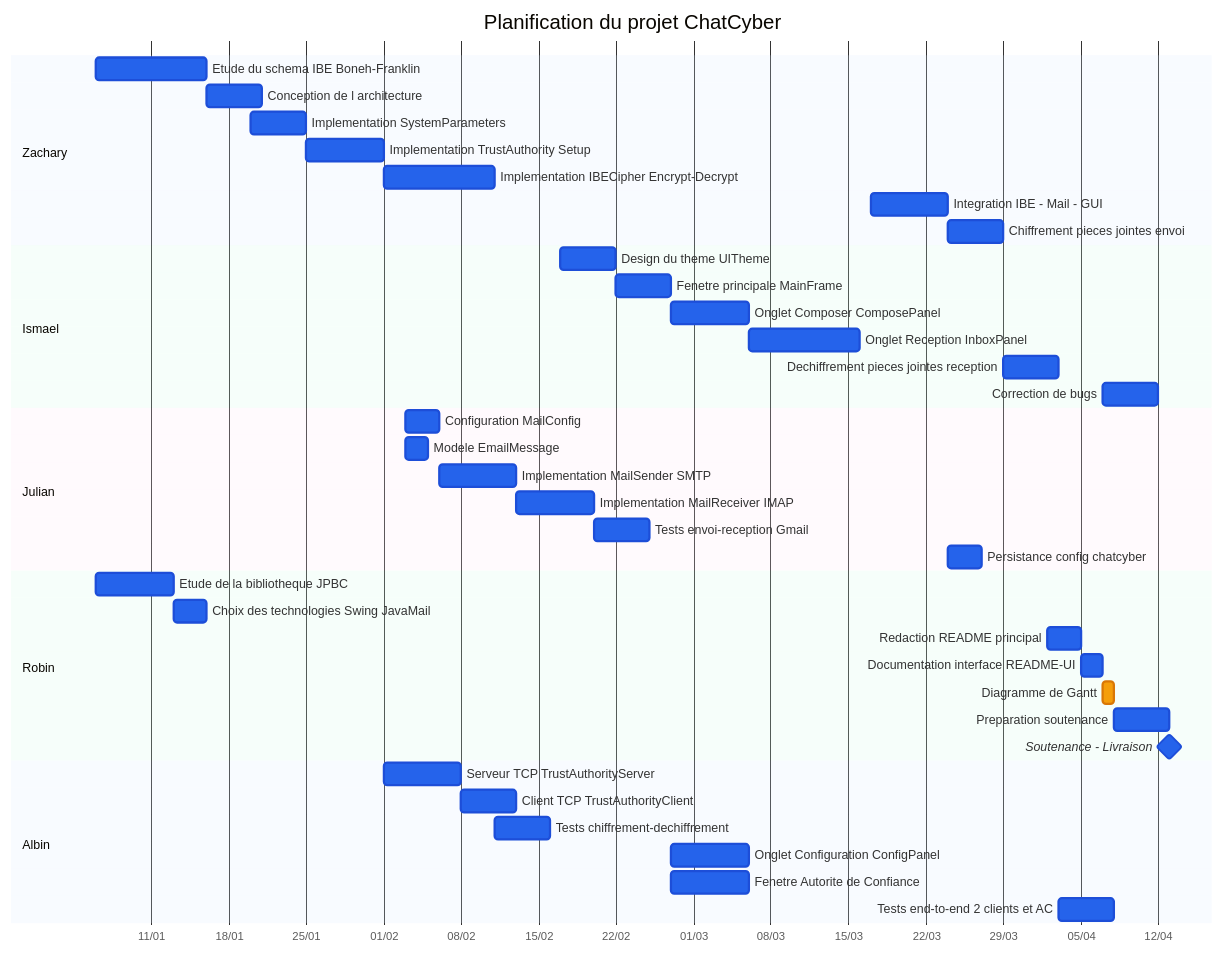
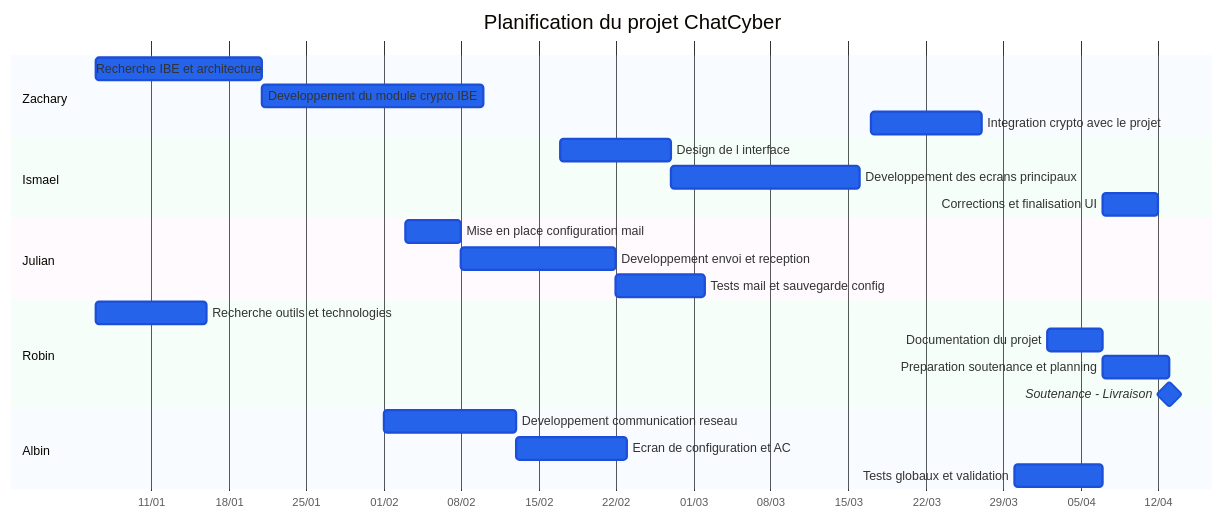
The diagram in README_GANTT.md (ismo009/chatcyber), drawn with Mermaid before and after one commit. The commit also changed other lines of this file, not shown here.

````diff
--- a/README_GANTT.md
+++ b/README_GANTT.md
@@ -5,75 +5,59 @@
 ```mermaid
 %%{init: {'theme': 'base', 'themeVariables': {
     'sectionBkgColor': '#dbeafe',
     'sectionBkgColor2': '#fce7f3',
     'altSectionBkgColor': '#d1fae5',
     'taskBkgColor': '#2563eb',
     'taskTextColor': '#ffffff',
     'taskBorderColor': '#1d4ed8',
     'doneTaskBkgColor': '#2563eb',
     'doneTaskBorderColor': '#1d4ed8',
-    'activeTaskBkgColor': '#f59e0b',
-    'activeTaskBorderColor': '#d97706',
+    'activeTaskBkgColor': '#2563eb',
+    'activeTaskBorderColor': '#1d4ed8',
     'section0': '#3b82f6',
-    'section1': '#ec4899',
-    'section2': '#10b981',
-    'section3': '#f59e0b',
-    'section4': '#8b5cf6',
+    'section1': '#3b82f6',
+    'section2': '#3b82f6',
+    'section3': '#3b82f6',
+    'section4': '#3b82f6',
     'taskText0': '#ffffff',
     'taskText1': '#ffffff',
     'taskText2': '#ffffff',
     'taskText3': '#ffffff',
     'taskText4': '#ffffff',
     'cScale0': '#3b82f6',
-    'cScale1': '#ec4899',
-    'cScale2': '#10b981',
-    'cScale3': '#f59e0b',
-    'cScale4': '#8b5cf6'
+    'cScale1': '#3b82f6',
+    'cScale2': '#3b82f6',
+    'cScale3': '#3b82f6',
+    'cScale4': '#3b82f6'
 }}}%%
 gantt
     title Planification du projet ChatCyber
     dateFormat YYYY-MM-DD
     axisFormat %d/%m
 
     section Zachary
-    Etude du schema IBE Boneh-Franklin        :done, r1, 2026-01-06, 10d
-    Conception de l architecture               :done, r3, after r1, 5d
-    Implementation SystemParameters            :done, c1, 2026-01-20, 5d
-    Implementation TrustAuthority Setup        :done, c2, after c1, 7d
-    Implementation IBECipher Encrypt-Decrypt   :done, c3, after c2, 10d
-    Integration IBE - Mail - GUI               :done, i1, 2026-03-17, 7d
-    Chiffrement pieces jointes envoi           :done, i2, after i1, 5d
+    Recherche IBE et architecture              :done, z1, 2026-01-06, 15d
+    Developpement du module crypto IBE         :done, z2, after z1, 20d
+    Integration crypto avec le projet          :done, z3, 2026-03-17, 10d
 
     section Ismael
-    Design du theme UITheme                    :done, g1, 2026-02-17, 5d
-    Fenetre principale MainFrame               :done, g2, after g1, 5d
-    Onglet Composer ComposePanel               :done, g4, after g2, 7d
-    Onglet Reception InboxPanel                :done, g5, after g4, 10d
-    Dechiffrement pieces jointes reception     :done, i3, after i2, 5d
-    Correction de bugs                         :done, i6, 2026-04-07, 5d
+    Design de l interface                      :done, i1, 2026-02-17, 10d
+    Developpement des ecrans principaux        :done, i2, after i1, 17d
+    Corrections et finalisation UI             :done, i3, 2026-04-07, 5d
 
     section Julian
-    Configuration MailConfig                   :done, m1, 2026-02-03, 3d
-    Modele EmailMessage                        :done, m4, 2026-02-03, 2d
-    Implementation MailSender SMTP             :done, m2, after m1, 7d
-    Implementation MailReceiver IMAP           :done, m3, after m2, 7d
-    Tests envoi-reception Gmail                :done, m5, after m3, 5d
-    Persistance config chatcyber               :done, i4, after i1, 3d
+    Mise en place configuration mail           :done, j1, 2026-02-03, 5d
+    Developpement envoi et reception           :done, j2, after j1, 14d
+    Tests mail et sauvegarde config            :done, j3, after j2, 8d
 
     section Robin
-    Etude de la bibliotheque JPBC              :done, r2, 2026-01-06, 7d
-    Choix des technologies Swing JavaMail      :done, r4, 2026-01-13, 3d
-    Redaction README principal                 :done, d1, 2026-04-02, 3d
-    Documentation interface README-UI          :done, d2, after d1, 2d
-    Diagramme de Gantt                         :active, d3, after d2, 1d
-    Preparation soutenance                     :d4, after d3, 5d
-    Soutenance - Livraison                     :milestone, d5, after d4, 0d
+    Recherche outils et technologies            :done, r1, 2026-01-06, 10d
+    Documentation du projet                    :done, r2, 2026-04-02, 5d
+    Preparation soutenance et planning         :active, r3, after r2, 6d
+    Soutenance - Livraison                     :milestone, r4, after r3, 0d
 
     section Albin
-    Serveur TCP TrustAuthorityServer           :done, c4, 2026-02-01, 7d
-    Client TCP TrustAuthorityClient            :done, c5, after c4, 5d
-    Tests chiffrement-dechiffrement            :done, c6, after c3, 5d
-    Onglet Configuration ConfigPanel           :done, g3, after g2, 7d
-    Fenetre Autorite de Confiance              :done, g6, after g2, 7d
-    Tests end-to-end 2 clients et AC           :done, i5, after i3, 5d
+    Developpement communication reseau         :done, a1, 2026-02-01, 12d
+    Ecran de configuration et AC               :done, a2, after a1, 10d
+    Tests globaux et validation                :done, a3, 2026-03-30, 8d
 ```
````
